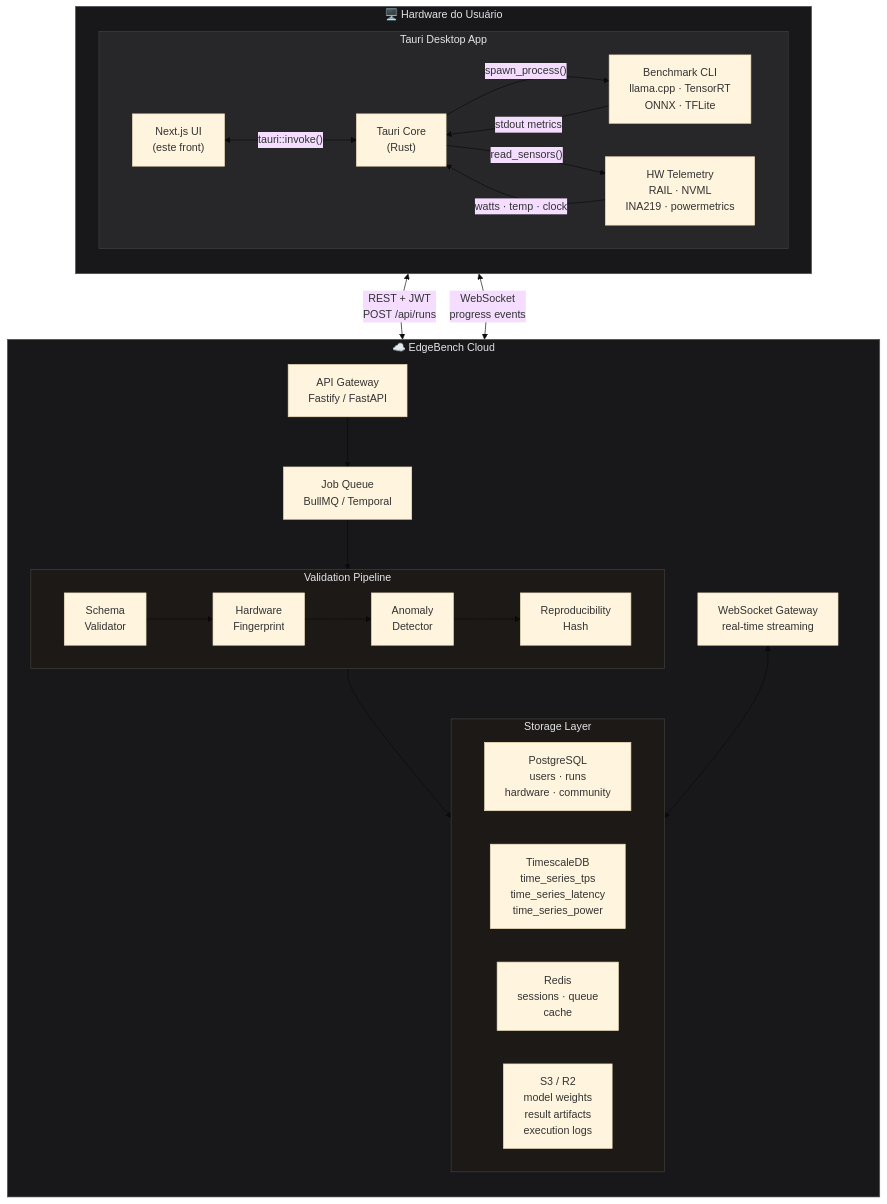
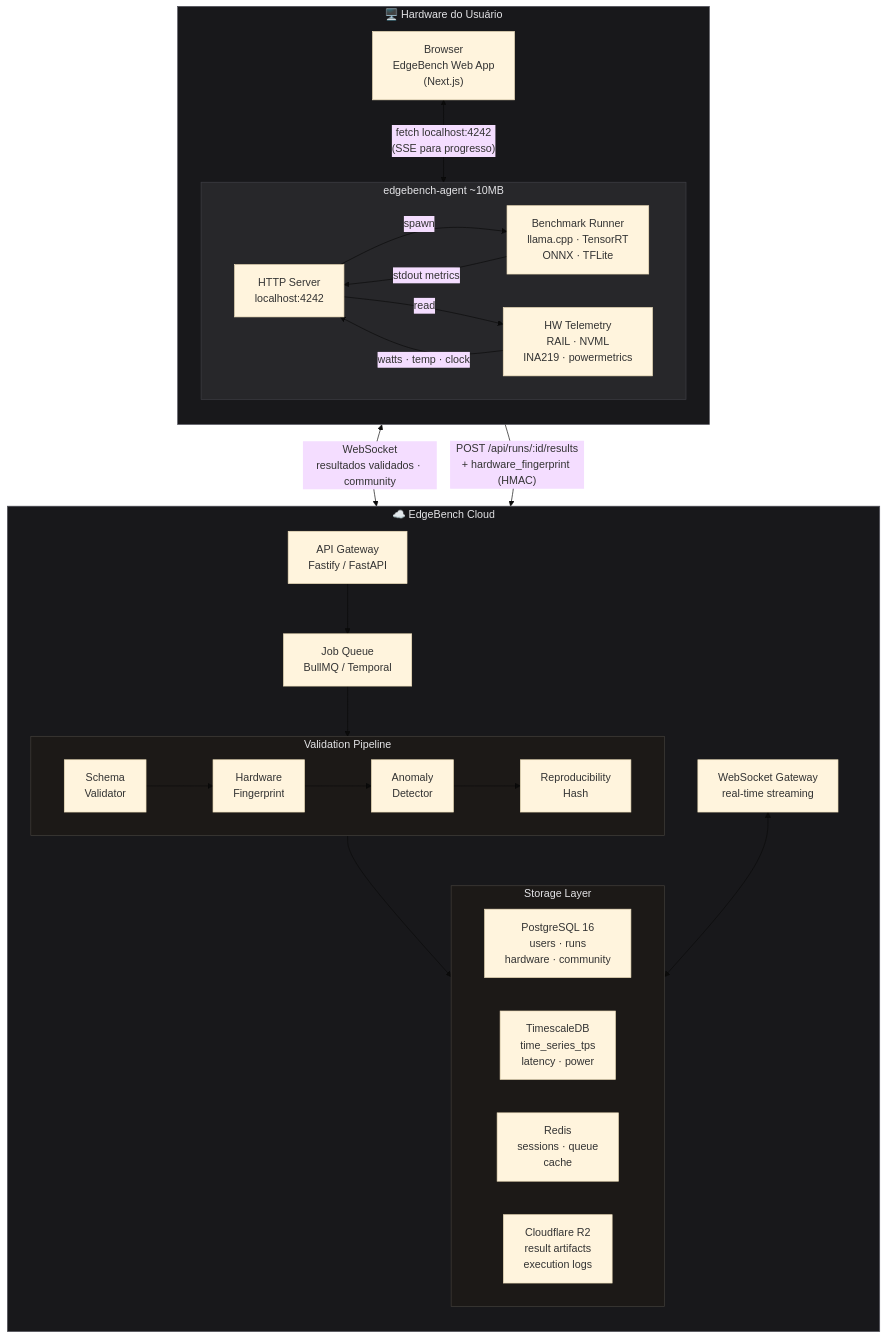
The first of 6 diagrams in docs/architecture.md (maktheus/Tcc-front-env-v3), drawn with Mermaid (base theme) before and after one commit. The commit also changed other lines of this file and 2 other files, not shown here.

First line of the commit message:
feat: adopt Local Agent pattern across docs and front

````diff
--- a/docs/architecture.md
+++ b/docs/architecture.md
@@ -5,57 +9,59 @@
 ```mermaid
 graph TB
     subgraph USER["🖥️  Hardware do Usuário"]
         direction TB
-        subgraph TAURI["Tauri Desktop App"]
+        BROWSER["Browser\nEdgeBench Web App\n(Next.js)"]
+
+        subgraph AGENT["edgebench-agent  ~10MB"]
             direction LR
-            UI["Next.js UI\n(este front)"]
-            RUST["Tauri Core\n(Rust)"]
-            CLI["Benchmark CLI\nllama.cpp · TensorRT\nONNX · TFLite"]
-            HW["HW Telemetry\nRAIL · NVML\nINA219 · powermetrics"]
+            HTTP["HTTP Server\nlocalhost:4242"]
+            RUNNER["Benchmark Runner\nllama.cpp · TensorRT\nONNX · TFLite"]
+            TELEMETRY["HW Telemetry\nRAIL · NVML\nINA219 · powermetrics"]
 
-            UI <-->|"tauri::invoke()"| RUST
-            RUST -->|"spawn_process()"| CLI
-            RUST -->|"read_sensors()"| HW
-            CLI -->|"stdout metrics"| RUST
-            HW -->|"watts · temp · clock"| RUST
+            HTTP -->|"spawn"| RUNNER
+            HTTP -->|"read"| TELEMETRY
+            RUNNER -->|"stdout metrics"| HTTP
+            TELEMETRY -->|"watts · temp · clock"| HTTP
         end
+
+        BROWSER <-->|"fetch localhost:4242\n(SSE para progresso)"| HTTP
     end
 
     subgraph CLOUD["☁️  EdgeBench Cloud"]
         direction TB
         GW["API Gateway\nFastify / FastAPI"]
         WS["WebSocket Gateway\nreal-time streaming"]
         QUEUE["Job Queue\nBullMQ / Temporal"]
 
         subgraph PIPELINE["Validation Pipeline"]
             direction LR
             SCH["Schema\nValidator"]
             FP["Hardware\nFingerprint"]
             ANOM["Anomaly\nDetector"]
             HASH["Reproducibility\nHash"]
             SCH --> FP --> ANOM --> HASH
         end
 
         subgraph STORAGE["Storage Layer"]
             direction LR
-            PG["PostgreSQL\nusers · runs\nhardware · community"]
-            TS["TimescaleDB\ntime_series_tps\ntime_series_latency\ntime_series_power"]
+            PG["PostgreSQL 16\nusers · runs\nhardware · community"]
+            TS["TimescaleDB\ntime_series_tps\nlatency · power"]
             RD["Redis\nsessions · queue\ncache"]
-            S3["S3 / R2\nmodel weights\nresult artifacts\nexecution logs"]
+            S3["Cloudflare R2\nresult artifacts\nexecution logs"]
         end
 
         GW --> QUEUE
         QUEUE --> PIPELINE
         PIPELINE --> STORAGE
         WS <--> STORAGE
     end
 
-    RUST <-->|"REST + JWT\nPOST /api/runs"| GW
-    RUST <-->|"WebSocket\nprogress events"| WS
+    AGENT -->|"POST /api/runs/:id/results\n+ hardware_fingerprint (HMAC)"| GW
+    BROWSER <-->|"WebSocket\nresultados validados · community"| WS
 
     style USER fill:#18181b,stroke:#52525b,color:#e4e4e7
-    style TAURI fill:#27272a,stroke:#3f3f46,color:#e4e4e7
+    style AGENT fill:#27272a,stroke:#3f3f46,color:#e4e4e7
     style CLOUD fill:#18181b,stroke:#52525b,color:#e4e4e7
     style PIPELINE fill:#1c1917,stroke:#44403c,color:#e4e4e7
     style STORAGE fill:#1c1917,stroke:#44403c,color:#e4e4e7
 ```
````
